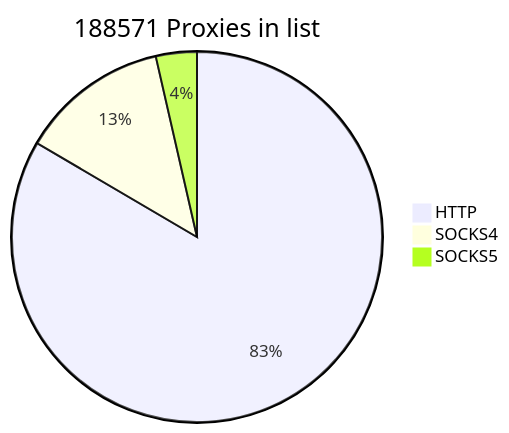
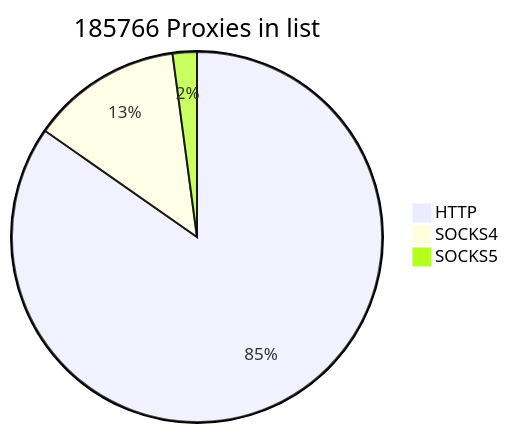
One commit to cutipu/proxylist changed the first of 2 diagrams in README.md. Above: the diagram before and after it, drawn with Mermaid. The commit also changed other lines of this file, not shown here.

````diff
--- a/README.md
+++ b/README.md
@@ -2,7 +2,7 @@
 ```mermaid
-pie title 188571 Proxies in list
+pie title 185766 Proxies in list
     "HTTP" : 157357
     "SOCKS4" : 24478
-    "SOCKS5" : 6736
+    "SOCKS5" : 3931
             
 ```
````
